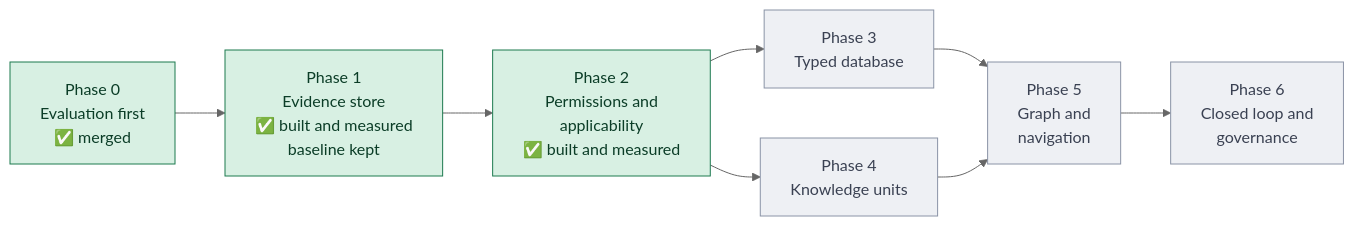
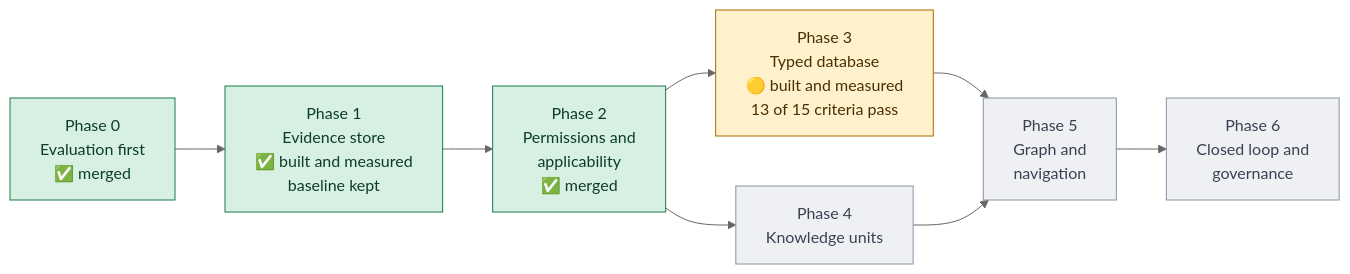
One commit to GaryTang32/agent-data-retrieval changed the diagram in README.md. Above: the diagram before and after it, drawn with Mermaid (neutral theme). The commit also changed other lines of this file and 196 other files, not shown here.

First line of the commit message:
Phase 3: typed deterministic database (metadata tables, grounded extraction, guarded SQL) (#8)

````diff
--- a/README.md
+++ b/README.md
@@ -45,19 +47,20 @@
 ```mermaid
 flowchart LR
     P0["Phase 0<br/>Evaluation first<br/>✅ merged"]
     P1["Phase 1<br/>Evidence store<br/>✅ built and measured<br/>baseline kept"]
-    P2["Phase 2<br/>Permissions and<br/>applicability<br/>✅ built and measured"]
-    P3["Phase 3<br/>Typed database"]
+    P2["Phase 2<br/>Permissions and<br/>applicability<br/>✅ merged"]
+    P3["Phase 3<br/>Typed database<br/>🟡 built and measured<br/>13 of 15 criteria pass"]
     P4["Phase 4<br/>Knowledge units"]
     P5["Phase 5<br/>Graph and<br/>navigation"]
     P6["Phase 6<br/>Closed loop and<br/>governance"]
     P0 --> P1 --> P2
     P2 --> P3 --> P5
     P2 --> P4 --> P5
     P5 --> P6
     classDef done fill:#d8f0e3,stroke:#1d7a4f,color:#0b3d27
     classDef active fill:#fff1cc,stroke:#a86b00,color:#4a3000
     classDef todo fill:#eef0f4,stroke:#8a93a6,color:#3a4152
     class P0,P1,P2 done
-    class P3,P4,P5,P6 todo
+    class P3 active
+    class P4,P5,P6 todo
 ```
````
